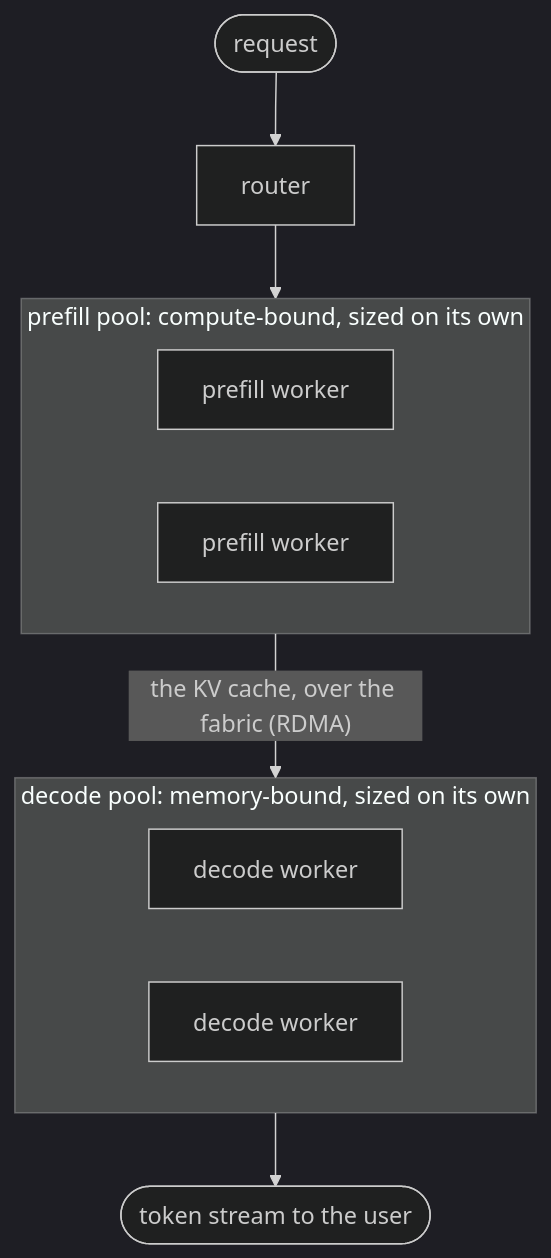
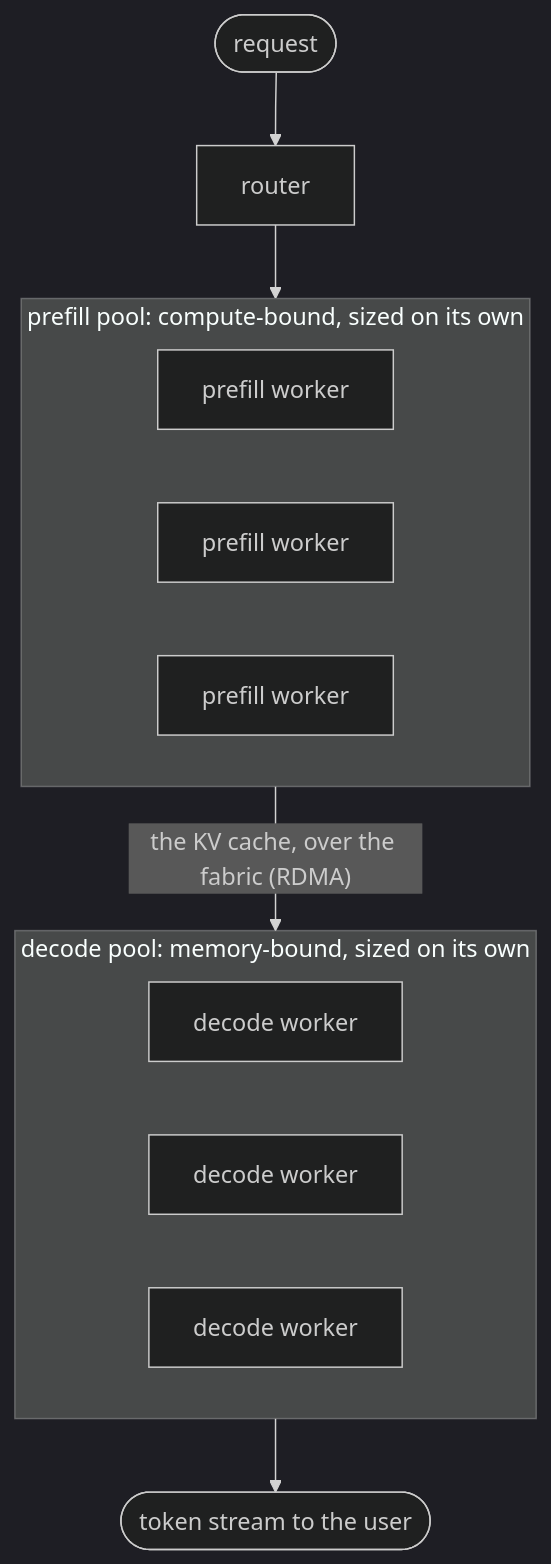
Before and after one commit to aniryou/full-stack-agentic-engineer: the diagram in 01-hardware-gpu-fabric/gpu-deployment/gpu-deployment-primer.md, drawn with Mermaid (dark theme). The commit also changed other lines of this file and 39 other files, not shown here.

````diff
--- a/01-hardware-gpu-fabric/gpu-deployment/gpu-deployment-primer.md
+++ b/01-hardware-gpu-fabric/gpu-deployment/gpu-deployment-primer.md
@@ -273,17 +273,19 @@
 ```mermaid
 flowchart TB
   Q([request]) --> R[router]
   R --> P1
   subgraph PP["prefill pool: compute-bound, sized on its own"]
     direction LR
     P1[prefill worker]
     P2[prefill worker]
+    P3[prefill worker]
   end
   P1 -- "the KV cache, over the fabric (RDMA)" --> D1
   subgraph DP["decode pool: memory-bound, sized on its own"]
     direction LR
     D1[decode worker]
     D2[decode worker]
+    D3[decode worker]
   end
   D1 --> U([token stream to the user])
 ```
````
